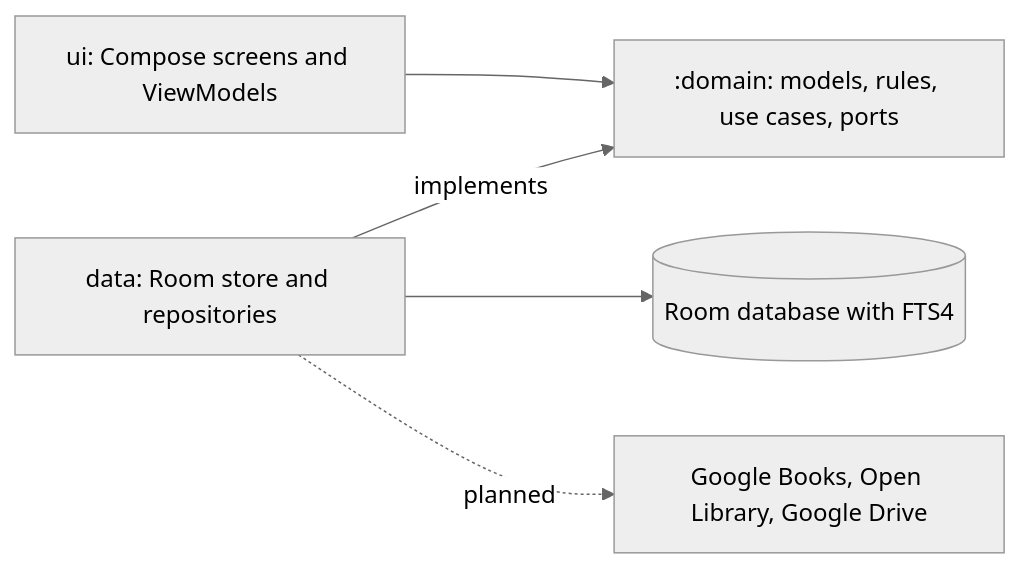
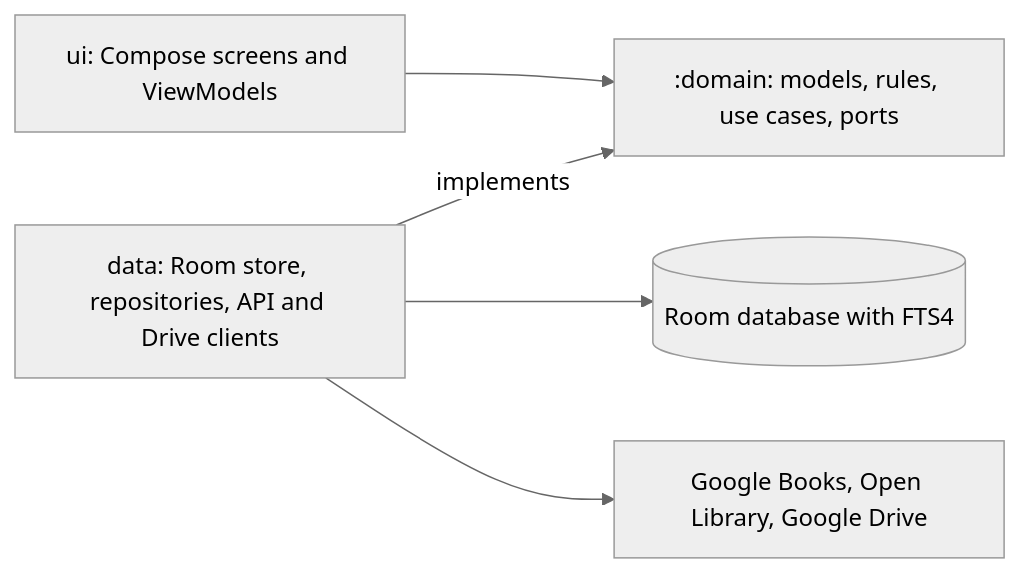
Before and after one commit to eh0x/otium: the diagram in README.md, drawn with Mermaid (neutral theme). The commit also changed other lines of this file and 5 other files, not shown here.

````diff
--- a/README.md
+++ b/README.md
@@ -241,8 +155,8 @@
 ```mermaid
 flowchart LR
     UI["ui: Compose screens and ViewModels"] --> Domain
-    Data["data: Room store and repositories"] -->|implements| Domain
+    Data["data: Room store, repositories, API and Drive clients"] -->|implements| Domain
     Domain[":domain: models, rules, use cases, ports"]
     Data --> DB[("Room database with FTS4")]
-    Data -.->|planned| Remote["Google Books, Open Library, Google Drive"]
+    Data --> Remote["Google Books, Open Library, Google Drive"]
 ```
````
